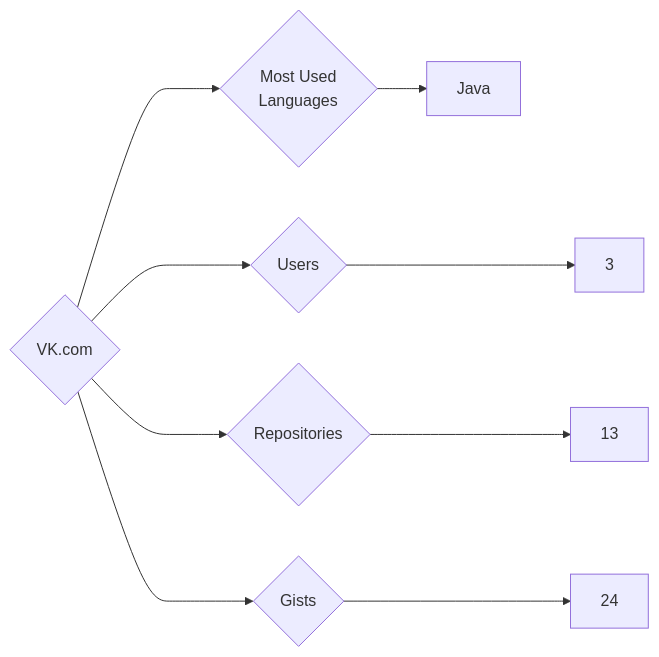
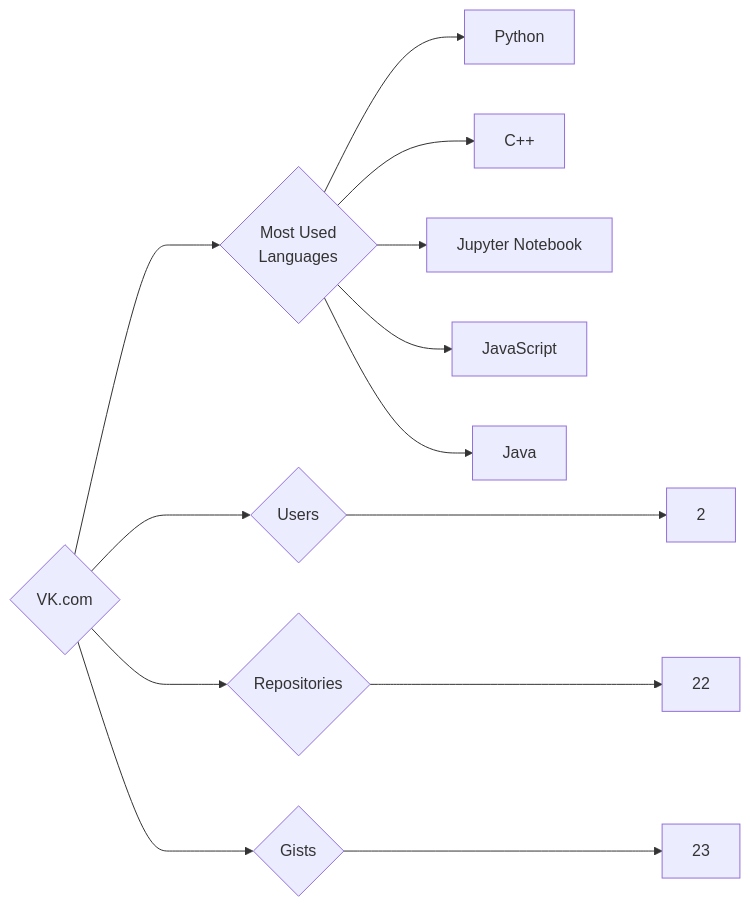
The diagram in targets/VK.com/README.md (trickest/insiders), drawn with Mermaid before and after one commit. The commit also changed 995 other files, not shown here.

````diff
--- a/targets/VK.com/README.md
+++ b/targets/VK.com/README.md
@@ -3,9 +3,13 @@
 ```mermaid
 graph LR
 COMPANY_NAME{VK.com}
-COMPANY_NAME ---> U{Users} ---> UN[3]
-COMPANY_NAME ---> R{Repositories} ---> RN[13]
-COMPANY_NAME ---> G{Gists} ---> GN[24]
+COMPANY_NAME ---> U{Users} ---> UN[2]
+COMPANY_NAME ---> R{Repositories} ---> RN[22]
+COMPANY_NAME ---> G{Gists} ---> GN[23]
 COMPANY_NAME ---> ML{Most Used<br>Languages}
+ML --> Python[Python]
+ML --> C++[C++]
+ML --> Jupyter_Notebook[Jupyter Notebook]
+ML --> JavaScript[JavaScript]
 ML --> Java[Java]
 ```
````
